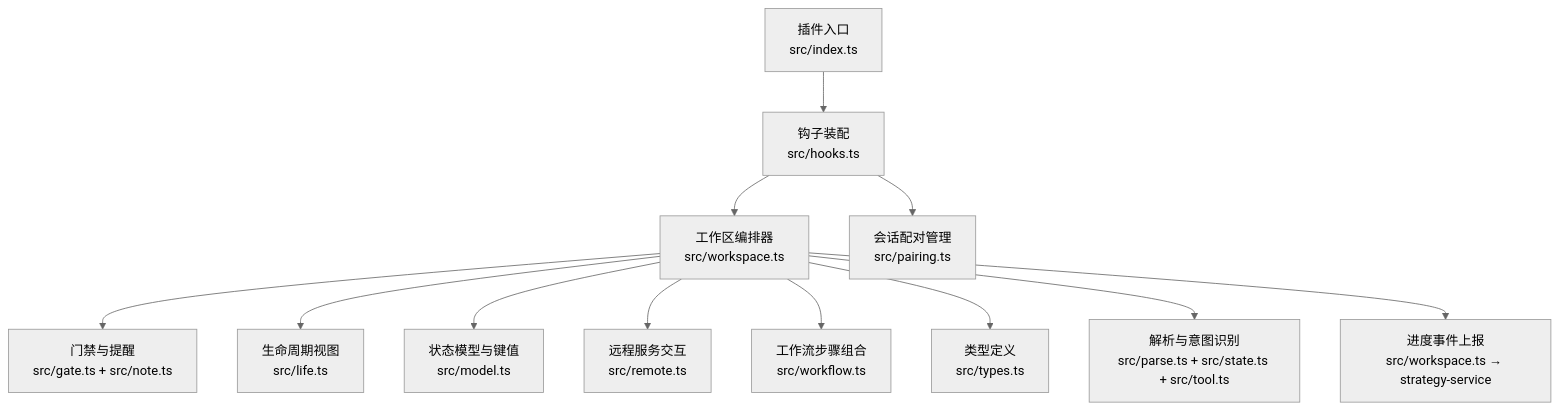
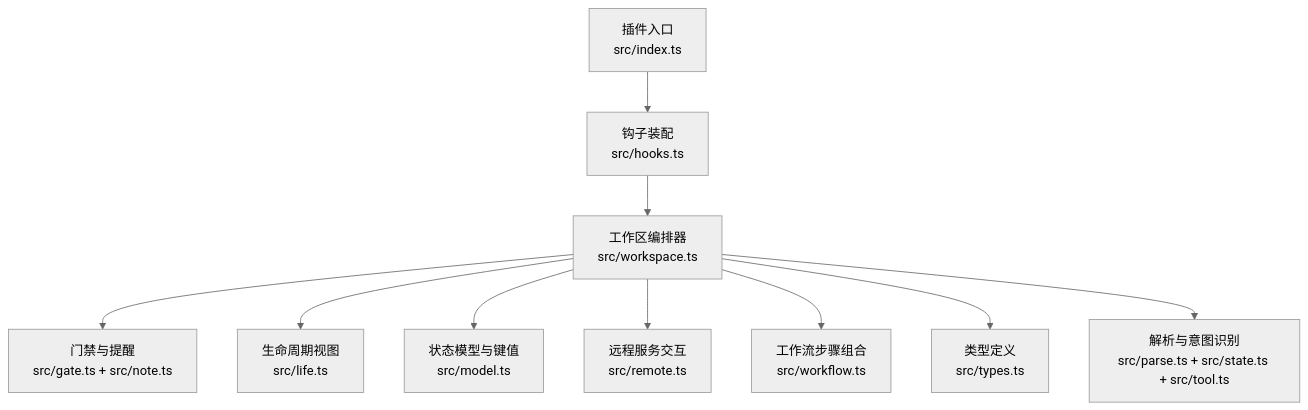
Before and after one commit to 89780012/opencode: the first of 4 diagrams in .lingma/repowiki/zh/content/API参考/SmartX工作流API.md, drawn with Mermaid (neutral theme). The commit also changed other lines of this file and 24 other files, not shown here.

````diff
--- a/.lingma/repowiki/zh/content/API参考/SmartX工作流API.md
+++ b/.lingma/repowiki/zh/content/API参考/SmartX工作流API.md
@@ -67,14 +60,12 @@
 ```mermaid
 graph TB
 A["插件入口<br/>src/index.ts"] --> B["钩子装配<br/>src/hooks.ts"]
 B --> C["工作区编排器<br/>src/workspace.ts"]
-B --> D["会话配对管理<br/>src/pairing.ts"]
-C --> E["门禁与提醒<br/>src/gate.ts + src/note.ts"]
-C --> F["生命周期视图<br/>src/life.ts"]
-C --> G["状态模型与键值<br/>src/model.ts"]
-C --> H["远程服务交互<br/>src/remote.ts"]
-C --> I["工作流步骤组合<br/>src/workflow.ts"]
-C --> J["类型定义<br/>src/types.ts"]
-C --> K["解析与意图识别<br/>src/parse.ts + src/state.ts + src/tool.ts"]
-C --> L["进度事件上报<br/>src/workspace.ts → strategy-service"]
+C --> D["门禁与提醒<br/>src/gate.ts + src/note.ts"]
+C --> E["生命周期视图<br/>src/life.ts"]
+C --> F["状态模型与键值<br/>src/model.ts"]
+C --> G["远程服务交互<br/>src/remote.ts"]
+C --> H["工作流步骤组合<br/>src/workflow.ts"]
+C --> I["类型定义<br/>src/types.ts"]
+C --> J["解析与意图识别<br/>src/parse.ts + src/state.ts + src/tool.ts"]
 ```
````
